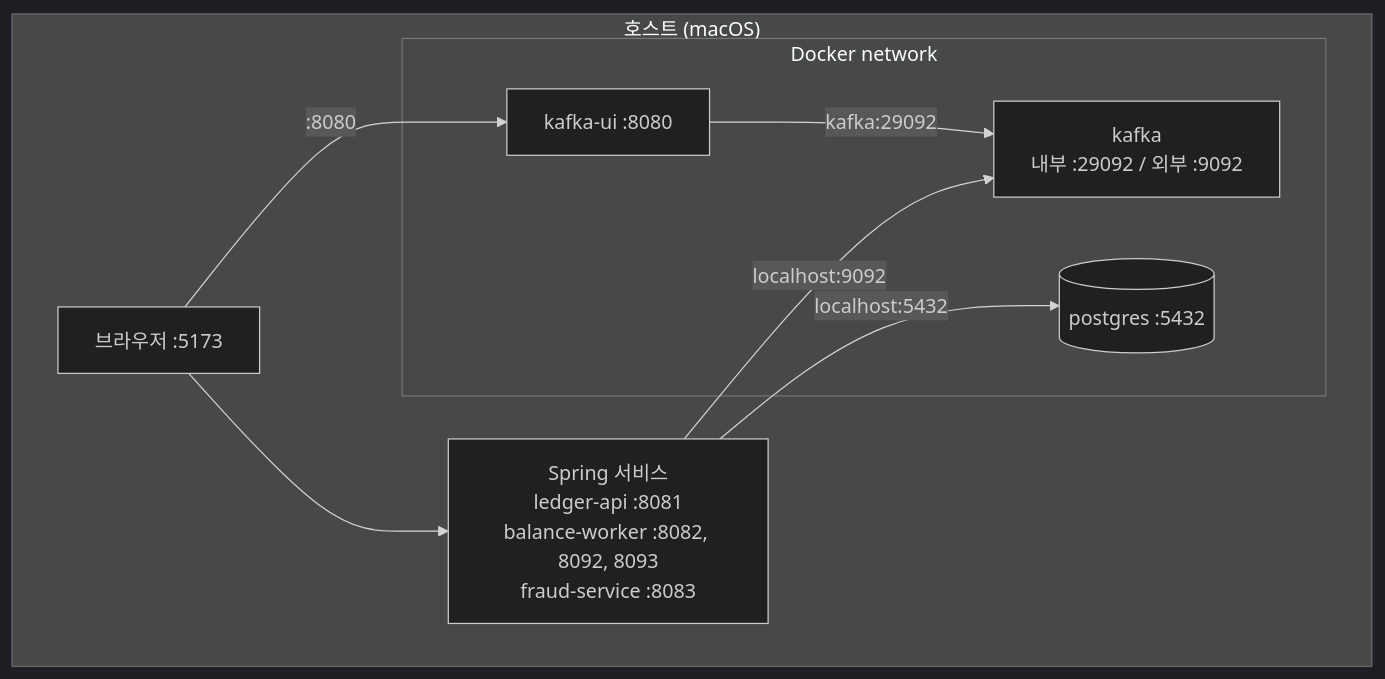
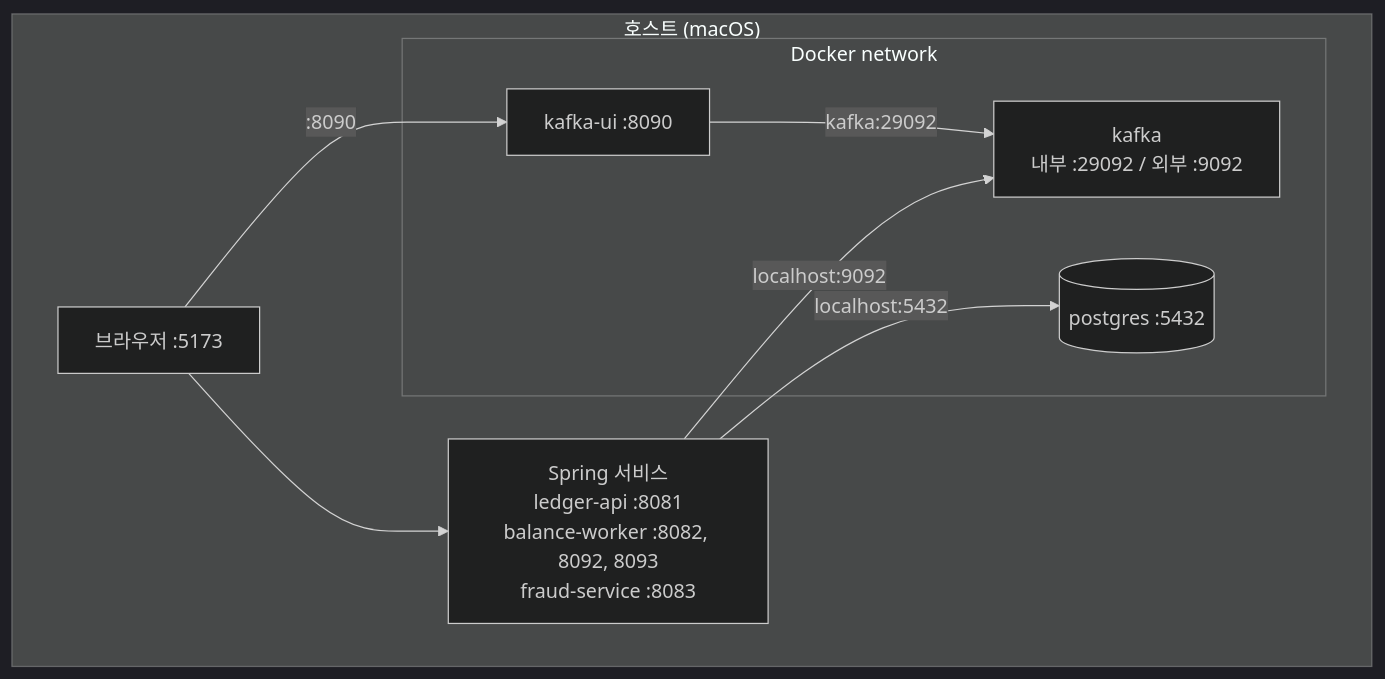
Before and after one commit to ytw9699/kafka_study: the seventh of 7 diagrams in docs/planning/02-architecture.md, drawn with Mermaid (dark theme). The commit also changed other lines of this file and 4 other files, not shown here.

````diff
--- a/docs/planning/02-architecture.md
+++ b/docs/planning/02-architecture.md
@@ -318,17 +318,17 @@
 ```mermaid
 flowchart TB
     subgraph HOST["호스트 (macOS)"]
         SPRING["Spring 서비스<br/>ledger-api :8081<br/>balance-worker :8082, 8092, 8093<br/>fraud-service :8083"]
         BROWSER["브라우저 :5173"]
         subgraph NET["Docker network"]
             KAFKA["kafka<br/>내부 :29092 / 외부 :9092"]
-            UI["kafka-ui :8080"]
+            UI["kafka-ui :8090"]
             PG[("postgres :5432")]
         end
     end
     SPRING -->|"localhost:9092"| KAFKA
     SPRING -->|"localhost:5432"| PG
     UI -->|"kafka:29092"| KAFKA
     BROWSER --> SPRING
-    BROWSER -->|":8080"| UI
+    BROWSER -->|":8090"| UI
 ```
````
